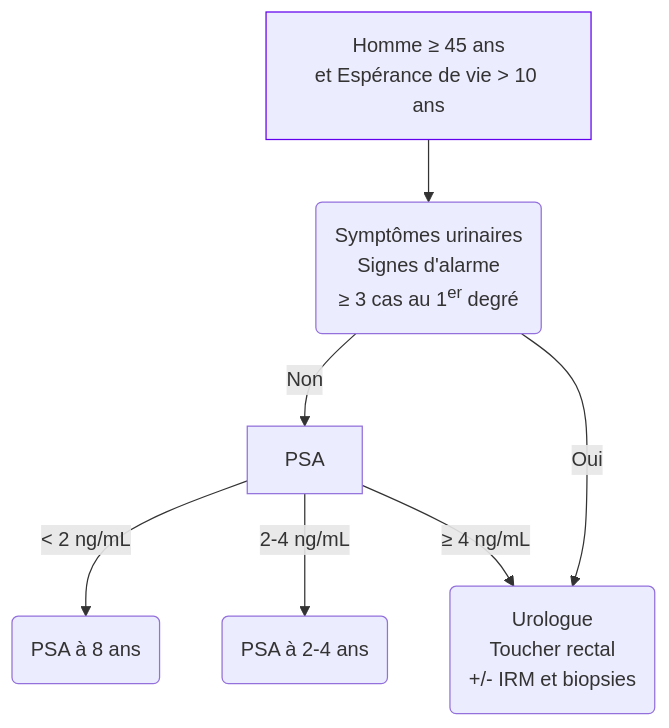
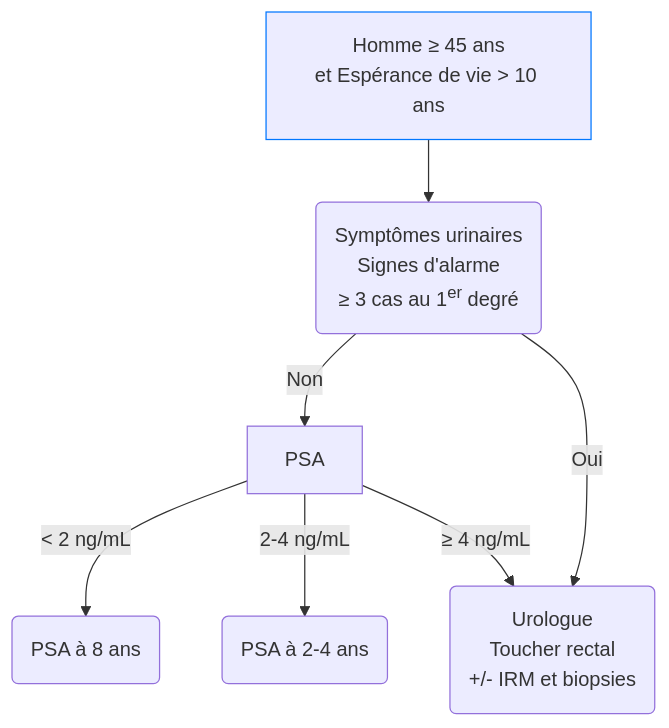
Before and after one commit to djibe/recommandations-medicales: the diagram in content/recommandations/cancer-prostate.md, drawn with Mermaid. The commit also changed 30 other files, not shown here.

```diff
--- a/content/recommandations/cancer-prostate.md
+++ b/content/recommandations/cancer-prostate.md
@@ -80,10 +80,10 @@
 {{< mermaid >}}
 graph TB
   homme["Homme ≥ 45 ans<br>et Espérance de vie > 10 ans"] --> symptomes("Symptômes urinaires<br>Signes d'alarme<br>≥ 3 cas au 1<sup>er</sup> degré")
-  style homme stroke:#6200ee, stroke-width:1px
+  style homme stroke:#0077ff, stroke-width:1px
     symptomes -- Non --> PSA
       PSA -- "&lt; 2 ng/mL" --> leger(PSA à 8 ans)
       PSA -- "2-4 ng/mL" --> modere(PSA à 2-4 ans)
       PSA -- "≥ 4 ng/mL" --> severe("Urologue<br>Toucher rectal<br>+/- IRM et biopsies")
     symptomes -- Oui --> severe
 {{< /mermaid >}}
```
